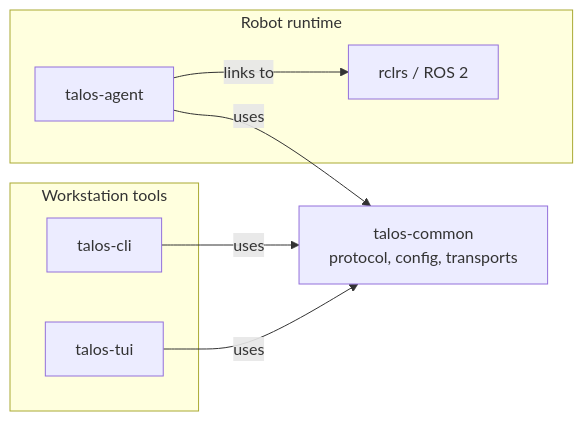
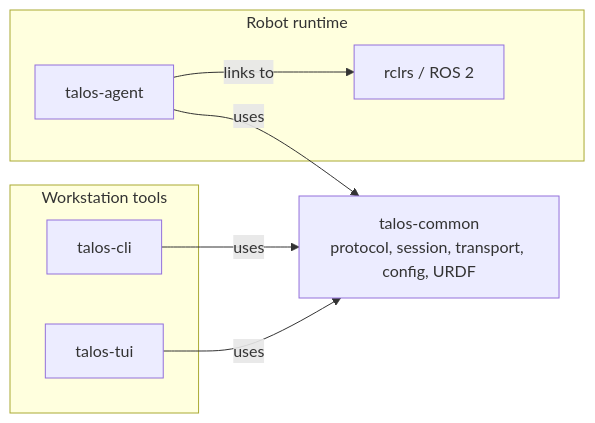
The diagram in docs/src/architecture/overview.md (rosterloh/talos), drawn with Mermaid before and after one commit. The commit also changed other lines of this file and 8 other files, not shown here.

````diff
--- a/docs/src/architecture/overview.md
+++ b/docs/src/architecture/overview.md
@@ -5,19 +5,19 @@
 ```mermaid
 flowchart LR
     subgraph Clients["Workstation tools"]
         CLI["talos-cli"]
         TUI["talos-tui"]
     end
 
-    Common["talos-common<br/>protocol, config, transports"]
+    Common["talos-common<br/>protocol, session, transport, config, URDF"]
 
     subgraph Runtime["Robot runtime"]
         Agent["talos-agent"]
         ROS["rclrs / ROS 2"]
     end
 
     CLI -->|"uses"| Common
     TUI -->|"uses"| Common
     Agent -->|"uses"| Common
     Agent -->|"links to"| ROS
 ```
````
